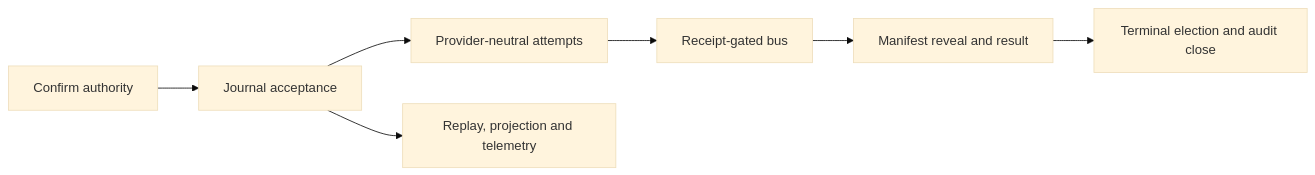
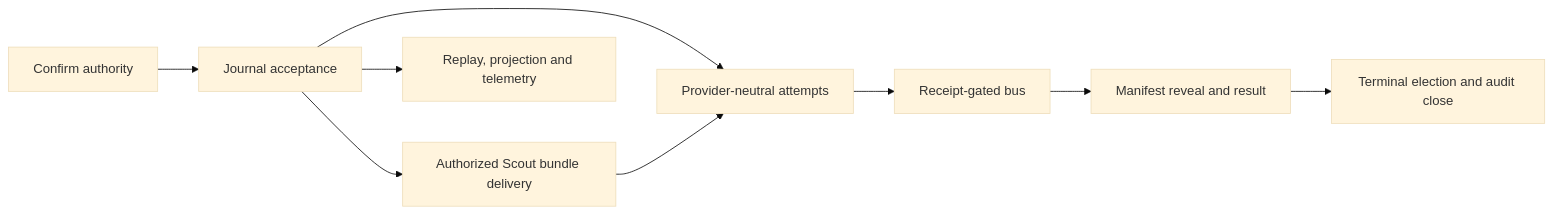
Before and after one commit to VictorBoscaro/cyberalchemy-orchestrator: the diagram in docs/features/agents-communication-infra/specs/SPEC.md, drawn with Mermaid (base theme). The commit also changed other lines of this file and 11 other files, not shown here.

````diff
--- a/docs/features/agents-communication-infra/specs/SPEC.md
+++ b/docs/features/agents-communication-infra/specs/SPEC.md
@@ -34,9 +87,11 @@
 ```mermaid
 flowchart LR
   C[Confirm authority] --> J[Journal acceptance]
   J --> A[Provider-neutral attempts]
+  J --> S[Authorized Scout bundle delivery]
+  S --> A
   A --> B[Receipt-gated bus]
   B --> R[Manifest reveal and result]
   R --> X[Terminal election and audit close]
   J --> P[Replay, projection and telemetry]
 ```
````
